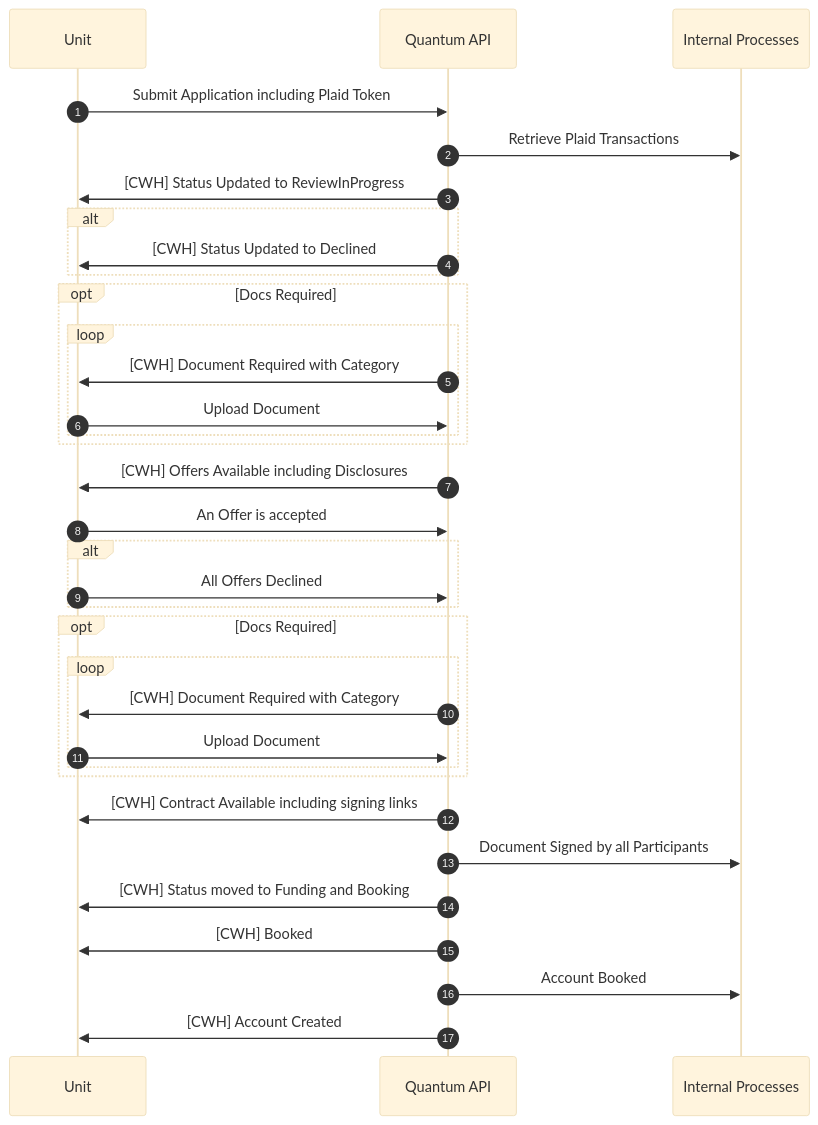
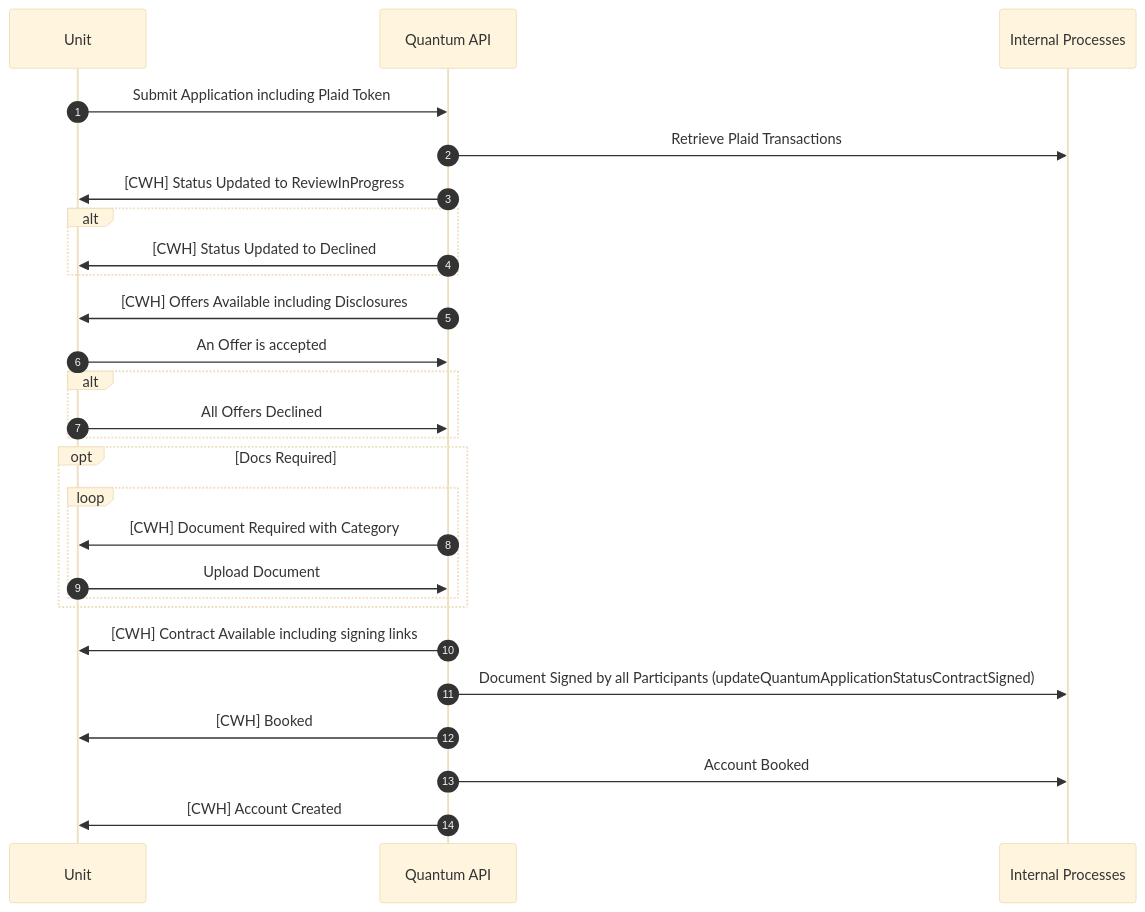
One commit to quantum-jsp/sequence-diagrams-public changed the diagram in Unit_Orginations.md. Above: the diagram before and after it, drawn with Mermaid (base theme).

Commit message:
Refactor Unit_Orginations.md for clarity and updates
Removed unnecessary documentation loop and updated contract signing status.

````diff
--- a/Unit_Orginations.md
+++ b/Unit_Orginations.md
@@ -1,39 +1,32 @@
 ```mermaid
 sequenceDiagram
     participant Unit
     participant Quantum API
     participant Internal Processes
     
     autonumber
 
     Unit ->> Quantum API: Submit Application including Plaid Token
     Quantum API ->> Internal Processes: Retrieve Plaid Transactions
     Quantum API ->> Unit: [CWH] Status Updated to ReviewInProgress
     alt 
         Quantum API ->> Unit: [CWH] Status Updated to Declined
     end 
-    opt Docs Required
-        loop
-            Quantum API ->> Unit: [CWH] Document Required with Category
-            Unit ->> Quantum API: Upload Document
-        end
-    end
     Quantum API ->> Unit: [CWH] Offers Available including Disclosures
     Unit ->> Quantum API: An Offer is accepted
     alt
         Unit ->> Quantum API: All Offers Declined
     end
     opt Docs Required
         loop
             Quantum API ->> Unit: [CWH] Document Required with Category
             Unit ->> Quantum API: Upload Document
         end
     end
     Quantum API ->> Unit: [CWH] Contract Available including signing links
-    Quantum API ->> Internal Processes: Document Signed by all Participants
-    Quantum API ->> Unit: [CWH] Status moved to Funding and Booking
+    Quantum API ->> Internal Processes: Document Signed by all Participants (updateQuantumApplicationStatusContractSigned)
     Quantum API ->> Unit: [CWH] Booked
     Quantum API ->> Internal Processes: Account Booked
     Quantum API ->> Unit: [CWH] Account Created
     
 ```
````
